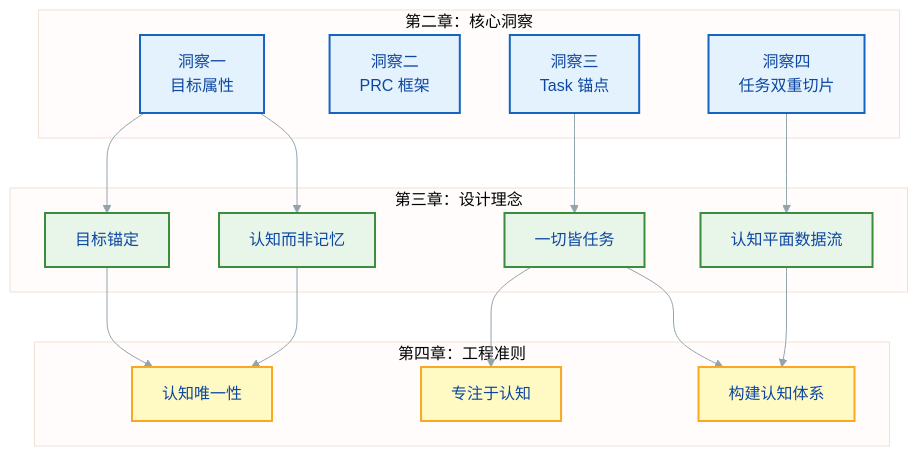
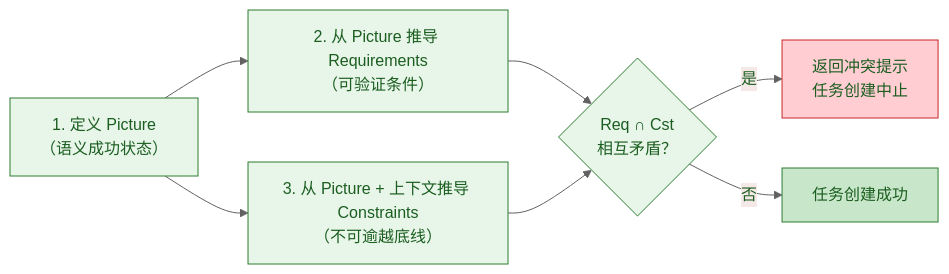
Before and after one commit to Lazyn0tBug/mem0ress: the fourth of 11 diagrams in docs/spec.md, drawn with Mermaid. The commit also changed other lines of this file, not shown here.

````diff
--- a/docs/spec.md
+++ b/docs/spec.md
@@ -244,41 +230,13 @@
 ```mermaid
-%% label：工程准则与洞察的映射关系
-%%{ init: { 'theme': 'base', 'themeVariables': { 'primaryColor': '#e3f2fd', 'primaryTextColor': '#0d47a1', 'primaryBorderColor': '#1565c0', 'lineColor': '#90a4ae' } } }%%
-graph TB
-    subgraph 洞察层["第二章：核心洞察"]
-        I1["洞察一\n目标属性"]
-        I2["洞察二\nPRC 框架"]
-        I3["洞察三\nTask 锚点"]
-        I4["洞察四\n任务双重切片"]
-    end
-
-    subgraph 理念层["第三章：设计理念"]
-        G1["目标锚定"]
-        G2["认知而非记忆"]
-        G3["一切皆任务"]
-        G4["认知平面数据流"]
-    end
-
-    subgraph 准则层["第四章：工程准则"]
-        E1["认知唯一性"]
-        E2["专注于认知"]
-        E3["构建认知体系"]
-    end
-
-    I1 --> G1
-    I1 --> G2
-    I3 --> G3
-    I4 --> G4
-    G1 --> E1
-    G2 --> E1
-    G3 --> E2
-    G3 --> E3
-    G4 --> E3
-
-    classDef insight fill:#e3f2fd,stroke:#1565c0,stroke-width:2px;
-    classDef principle fill:#e8f5e9,stroke:#388e3c,stroke-width:2px;
-    classDef rule fill:#fff9c4,stroke:#f9a825,stroke-width:2px;
-    class I1,I2,I3,I4 insight;
-    class G1,G2,G3,G4 principle;
-    class E1,E2,E3 rule;
+%% label：PRC 三要素定义顺序
+%%{ init: { 'theme': 'base', 'themeVariables': { 'primaryColor': '#e8f5e9', 'primaryTextColor': '#1b5e20', 'primaryBorderColor': '#2e7d32', 'lineColor': '#616161' } } }%%
+flowchart LR
+    A["1. 定义 Picture\n（语义成功状态）"] --> B["2. 从 Picture 推导 Requirements\n（可验证条件）"]
+    A --> C["3. 从 Picture + 上下文推导 Constraints\n（不可逾越底线）"]
+    B --> D{"Req ∩ Cst\n相互矛盾？"}
+    C --> D
+    D -->|是| E["返回冲突提示\n任务创建中止"]
+    D -->|否| F["任务创建成功"]
+    style E fill:#ffcdd2,stroke:#c62828
+    style F fill:#c8e6c9,stroke:#2e7d32
 ```
````
